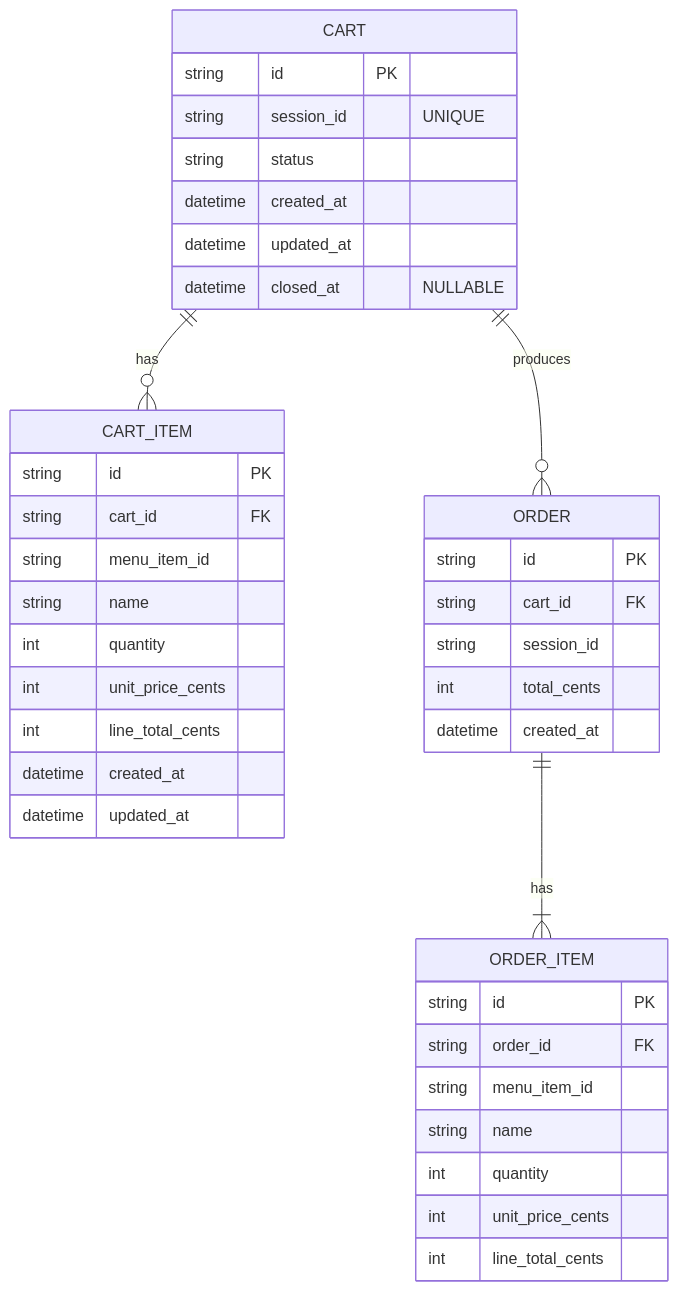
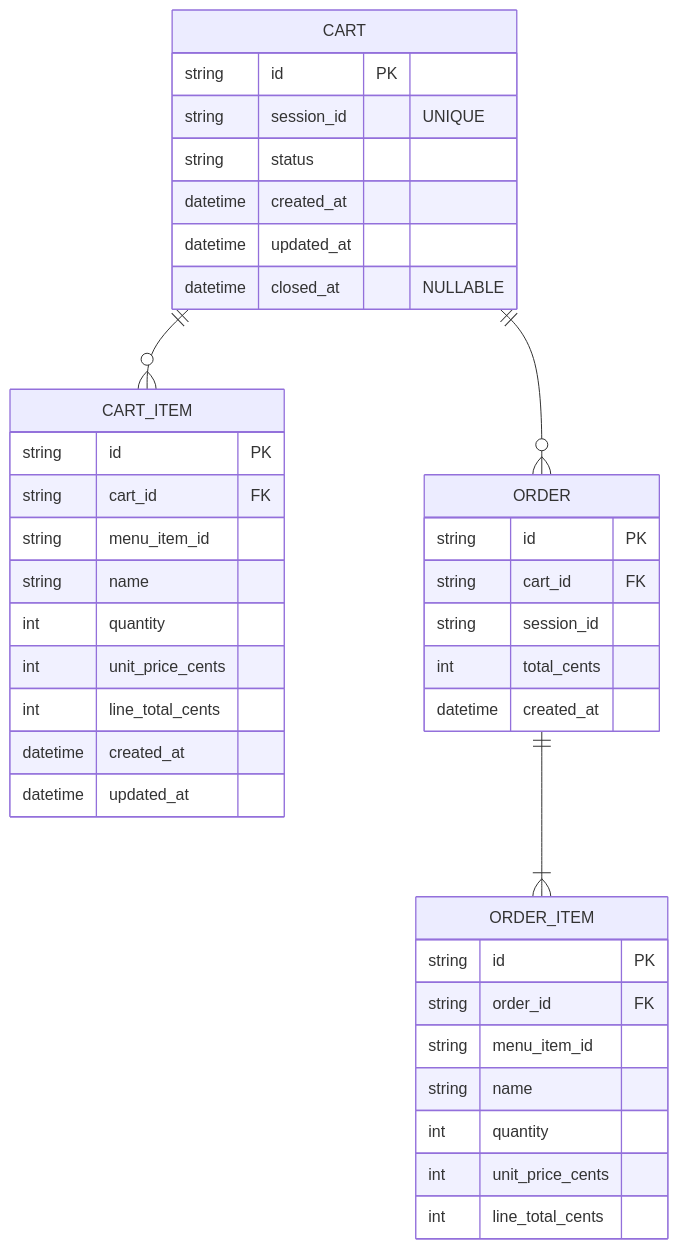
Before and after one commit to RockkLee/order-bot: the diagram in doc/order-bot-svc-erd.md, drawn with Mermaid. The commit also changed 8 other files, not shown here.

````diff
--- a/doc/order-bot-svc-erd.md
+++ b/doc/order-bot-svc-erd.md
@@ -2,52 +2,52 @@
 ```mermaid
 erDiagram
   %% =========================
   %% order-bot-svc
   %% =========================
   CART {
     string   id PK
     string   session_id "UNIQUE"
     string   status
     datetime created_at
     datetime updated_at
     datetime closed_at "NULLABLE"
   }
 
   CART_ITEM {
     string   id PK
     string   cart_id FK
     string   menu_item_id
     string   name
     int      quantity
     int      unit_price_cents
     int      line_total_cents
     datetime created_at
     datetime updated_at
     %% UNIQUE(cart_id, menu_item_id)
   }
 
   "ORDER" {
     string   id PK
     string   cart_id FK
     string   session_id
     int      total_cents
     datetime created_at
   }
 
   ORDER_ITEM {
     string id PK
     string order_id FK
     string menu_item_id
     string name
     int    quantity
     int    unit_price_cents
     int    line_total_cents
   }
 
-  CART  ||--o{ CART_ITEM : has
-  CART  ||--o{ "ORDER"   : produces
-  "ORDER" ||--|{ ORDER_ITEM : has
+  CART  ||--o{ CART_ITEM : ""
+  CART  ||--o{ "ORDER"   : ""
+  "ORDER" ||--|{ ORDER_ITEM : ""
 
 
 
 ```
````
